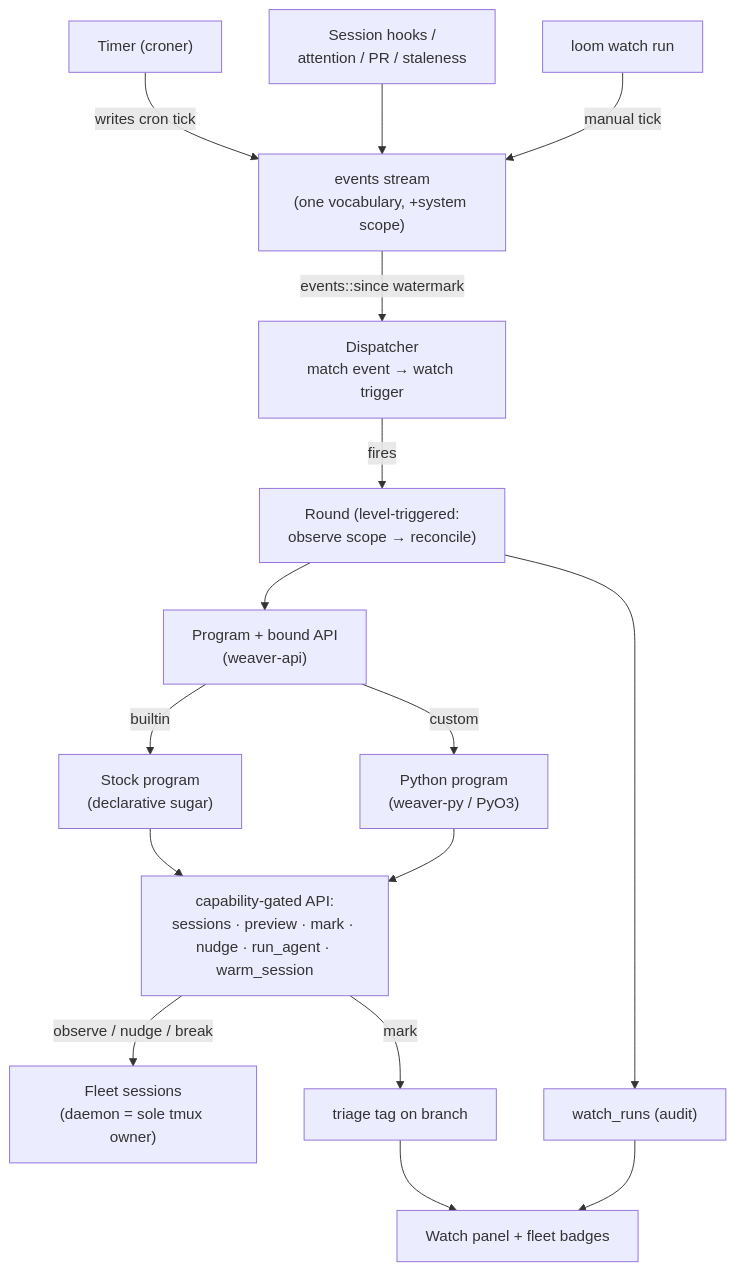
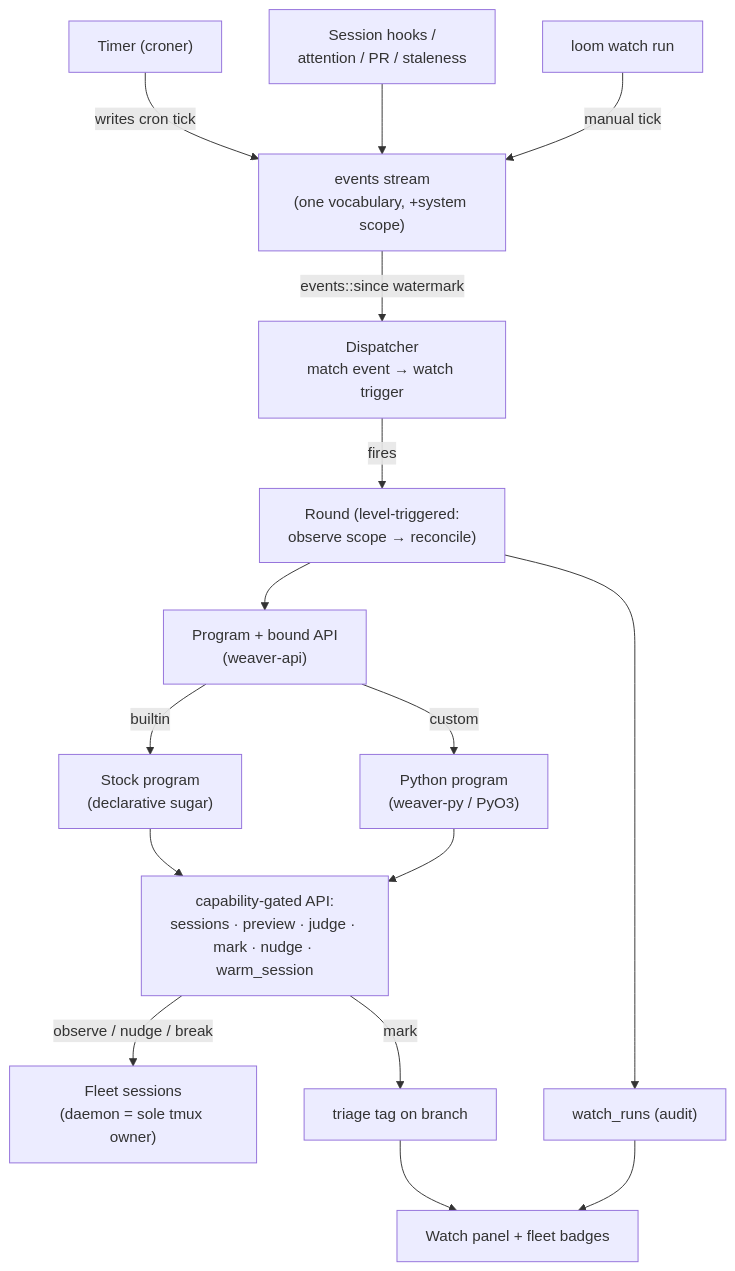
Before and after one commit to marin-community/loom: the diagram in docs/plans/watches.md, drawn with Mermaid. The commit also changed other lines of this file and 24 other files, not shown here.

````diff
--- a/docs/plans/watches.md
+++ b/docs/plans/watches.md
@@ -375,24 +377,24 @@
 ```mermaid
 flowchart TD
     timer["Timer (croner)"] -->|writes cron tick| events
     hooks["Session hooks /<br/>attention / PR / staleness"] --> events
     manual["loom watch run"] -->|manual tick| events
 
     events["events stream<br/>(one vocabulary, +system scope)"]
     events -->|events::since watermark| dispatch["Dispatcher<br/>match event → watch trigger"]
     dispatch -->|fires| round["Round (level-triggered:<br/>observe scope → reconcile)"]
 
     round --> prog["Program + bound API<br/>(weaver-api)"]
     prog -->|builtin| stock["Stock program<br/>(declarative sugar)"]
     prog -->|custom| pyprog["Python program<br/>(weaver-py / PyO3)"]
 
     stock --> api
     pyprog --> api
-    api["capability-gated API:<br/>sessions · preview · mark · nudge · run_agent · warm_session"]
+    api["capability-gated API:<br/>sessions · preview · judge · mark · nudge · warm_session"]
 
     api -->|observe / nudge / break| fleet["Fleet sessions<br/>(daemon = sole tmux owner)"]
     api -->|mark| triage["triage tag on branch"]
     round --> runs["watch_runs (audit)"]
     triage --> panel["Watch panel + fleet badges"]
     runs --> panel
 ```
````
